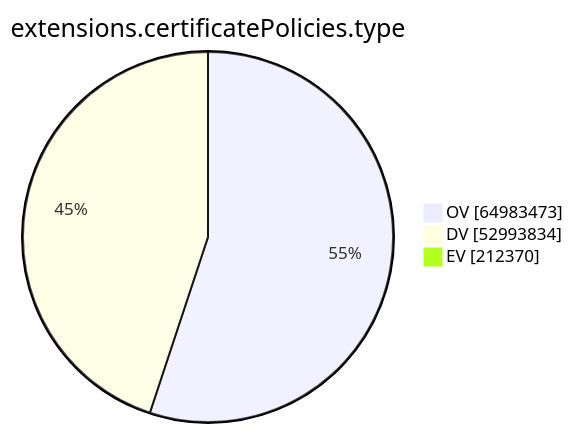
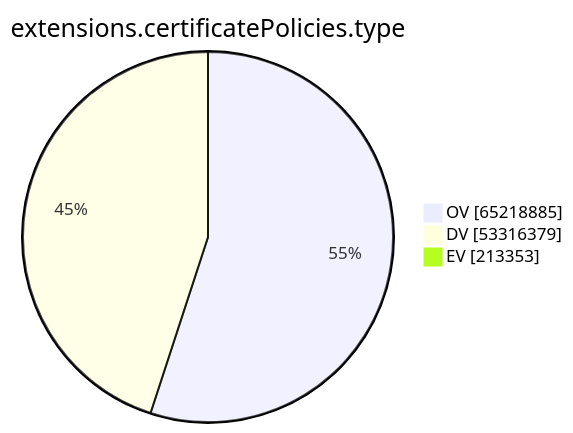
Before and after one commit to christiankrug/ctmonitor_visualization: the ninth of 15 diagrams in argon2023/README.md, drawn with Mermaid. The commit also changed other lines of this file, not shown here.

````diff
--- a/argon2023/README.md
+++ b/argon2023/README.md
@@ -2159,7 +2161,7 @@
 ```mermaid
 pie showData
 title extensions.certificatePolicies.type
-"OV" :64983473
-"DV" :52993834
-"EV" :212370
+"OV" :65218885
+"DV" :53316379
+"EV" :213353
 ```
````
